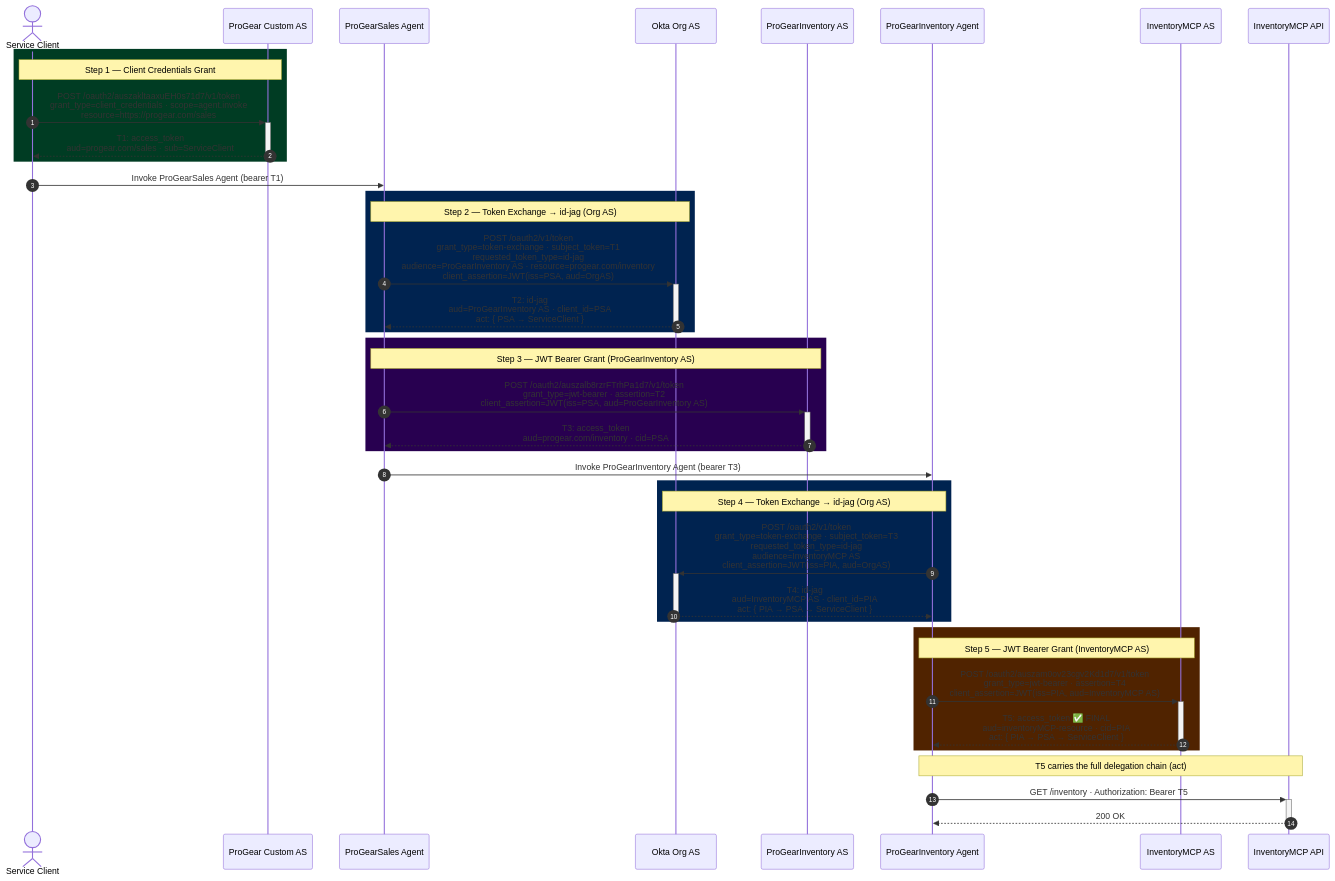
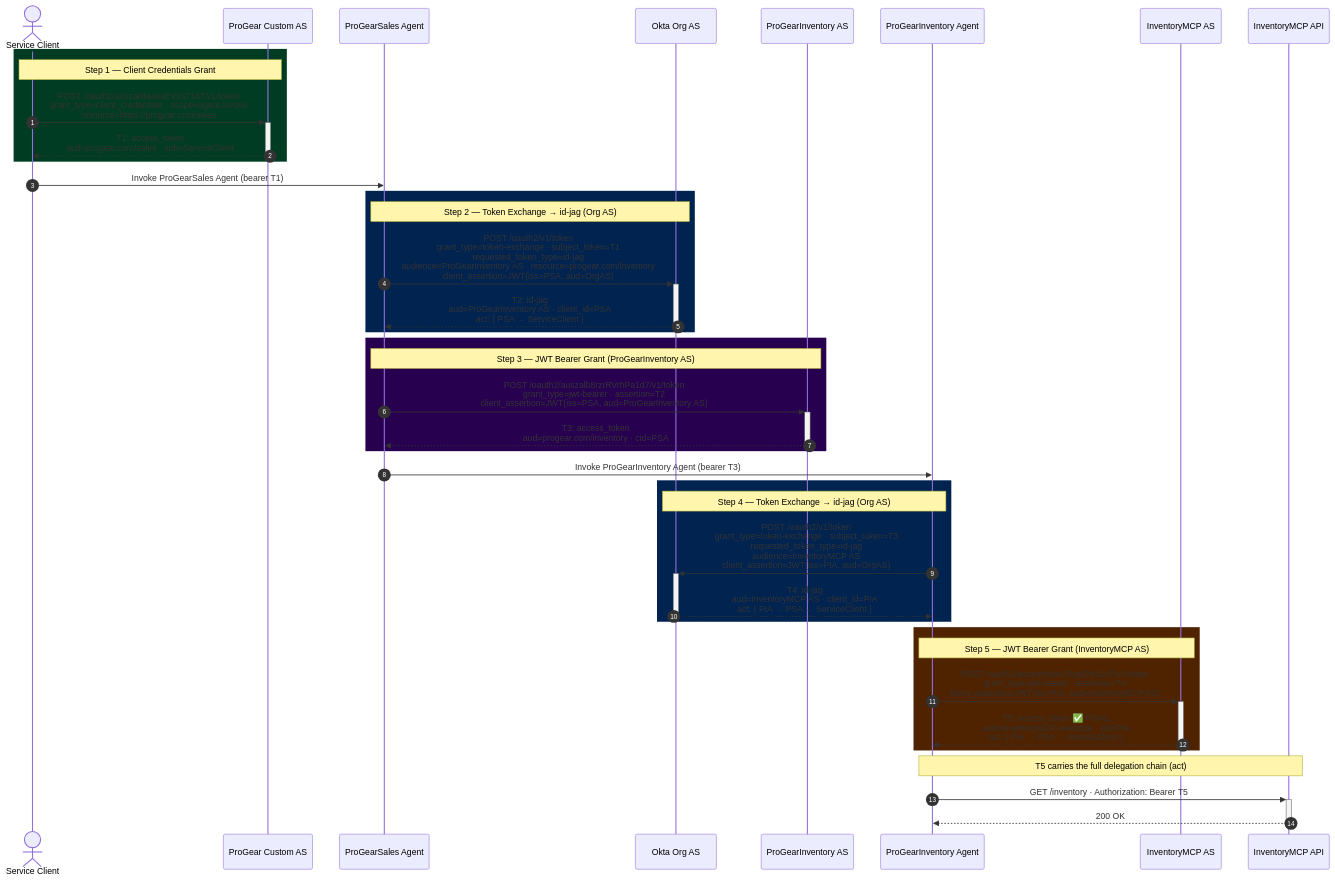
One commit to BalaGanaparthi/O4AA-A2A-TokenInspector changed the diagram in README.md. Above: the diagram before and after it, drawn with Mermaid. The commit also changed other lines of this file, not shown here.

````diff
--- a/README.md
+++ b/README.md
@@ -255,51 +255,51 @@
 ```mermaid
 sequenceDiagram
     autonumber
 
     actor       SC      as Service Client
     participant ProGearAS as ProGear Custom AS
     participant PSA     as ProGearSales Agent
     participant OrgAS   as Okta Org AS
     participant PIAS    as ProGearInventory AS
     participant PIA     as ProGearInventory Agent
     participant MCPAS   as InventoryMCP AS
     participant MCP     as InventoryMCP API
 
     rect rgb(0, 60, 35)
         Note over SC,ProGearAS: Step 1 — Client Credentials Grant
-        SC->>+ProGearAS: POST /oauth2/auszakltaaxuEH0s71d7/v1/token<br/>grant_type=client_credentials · scope=agent.invoke<br/>resource=https://progear.com/sales
+        SC->>+ProGearAS: POST /oauth2/auszakltaaxuEV0s71d7/v1/token<br/>grant_type=client_credentials · scope=agent.invoke<br/>resource=https://progear.com/sales
         ProGearAS-->>-SC: T1: access_token<br/>aud=progear.com/sales · sub=ServiceClient
     end
 
     SC->>PSA: Invoke ProGearSales Agent (bearer T1)
 
     rect rgb(0, 35, 80)
         Note over PSA,OrgAS: Step 2 — Token Exchange → id-jag (Org AS)
         PSA->>+OrgAS: POST /oauth2/v1/token<br/>grant_type=token-exchange · subject_token=T1<br/>requested_token_type=id-jag<br/>audience=ProGearInventory AS · resource=progear.com/inventory<br/>client_assertion=JWT(iss=PSA, aud=OrgAS)
         OrgAS-->>-PSA: T2: id-jag<br/>aud=ProGearInventory AS · client_id=PSA<br/>act: { PSA → ServiceClient }
     end
 
     rect rgb(40, 0, 80)
         Note over PSA,PIAS: Step 3 — JWT Bearer Grant (ProGearInventory AS)
-        PSA->>+PIAS: POST /oauth2/auszalb8rzrFTrhPa1d7/v1/token<br/>grant_type=jwt-bearer · assertion=T2<br/>client_assertion=JWT(iss=PSA, aud=ProGearInventory AS)
+        PSA->>+PIAS: POST /oauth2/auszalb8rzrRVrhPa1d7/v1/token<br/>grant_type=jwt-bearer · assertion=T2<br/>client_assertion=JWT(iss=PSA, aud=ProGearInventory AS)
         PIAS-->>-PSA: T3: access_token<br/>aud=progear.com/inventory · cid=PSA
     end
 
     PSA->>PIA: Invoke ProGearInventory Agent (bearer T3)
 
     rect rgb(0, 35, 80)
         Note over PIA,OrgAS: Step 4 — Token Exchange → id-jag (Org AS)
         PIA->>+OrgAS: POST /oauth2/v1/token<br/>grant_type=token-exchange · subject_token=T3<br/>requested_token_type=id-jag<br/>audience=InventoryMCP AS<br/>client_assertion=JWT(iss=PIA, aud=OrgAS)
         OrgAS-->>-PIA: T4: id-jag<br/>aud=InventoryMCP AS · client_id=PIA<br/>act: { PIA → PSA → ServiceClient }
     end
 
     rect rgb(80, 35, 0)
         Note over PIA,MCPAS: Step 5 — JWT Bearer Grant (InventoryMCP AS)
         PIA->>+MCPAS: POST /oauth2/auszam0ov23cgv2Kd1d7/v1/token<br/>grant_type=jwt-bearer · assertion=T4<br/>client_assertion=JWT(iss=PIA, aud=InventoryMCP AS)
         MCPAS-->>-PIA: T5: access_token ✅ FINAL<br/>aud=inventoryMCP-resource · cid=PIA<br/>act: { PIA → PSA → ServiceClient }
     end
 
     Note over PIA,MCP: T5 carries the full delegation chain (act)
     PIA->>+MCP: GET /inventory · Authorization: Bearer T5
     MCP-->>-PIA: 200 OK
 ```
````
